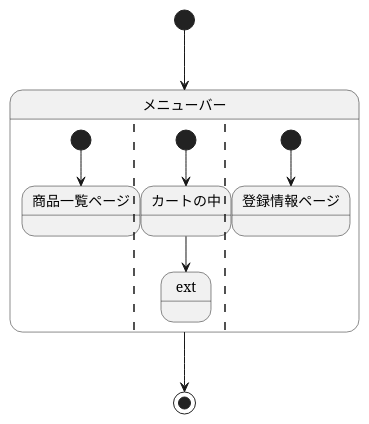
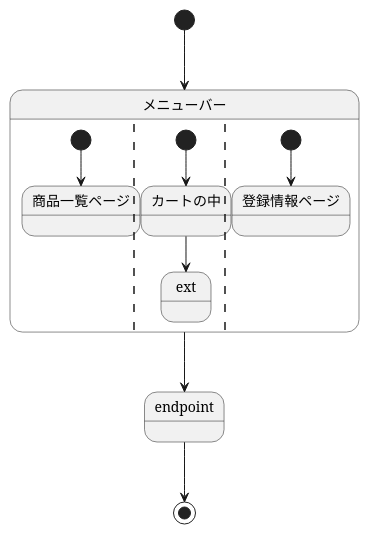
The diagram in sample/StateMachine.md (Aso2001385/2021sys-design), drawn with PlantUML before and after one commit.

````diff
--- a/sample/StateMachine.md
+++ b/sample/StateMachine.md
@@ -1,21 +1,22 @@
 ```uml
 @startuml
 
-[*] --> メニューバー
+[*] <<big>> --> メニューバー
 state メニューバー {
  [*] --> 商品一覧ページ
  ||
  [*] --> カートの中 
  カートの中 --> ext 
  ||
  [*] --> 登録情報ページ
 
 }
-メニューバー --> [*]
+メニューバー --> endpoint
+endpoint --> [*] <<big>>
 
 
 
 
 
 @enduml
 ```
````
